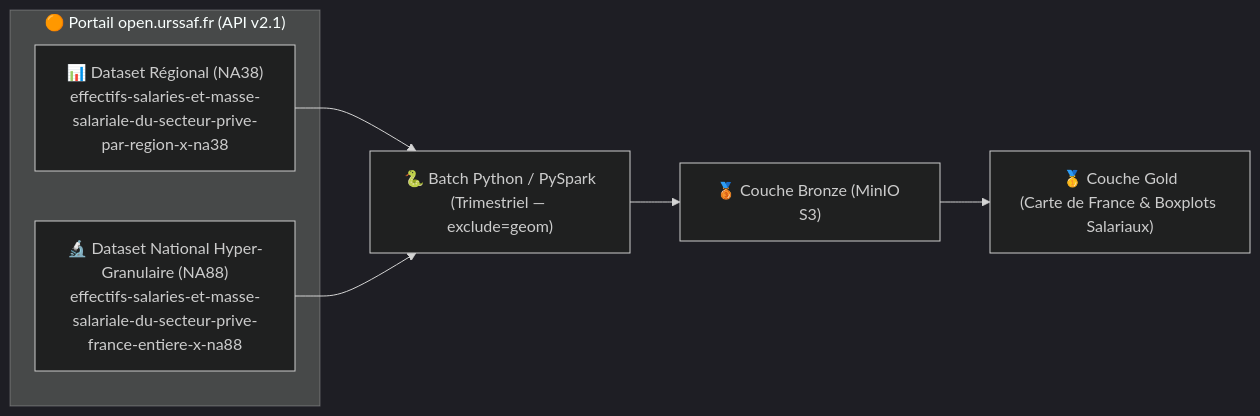
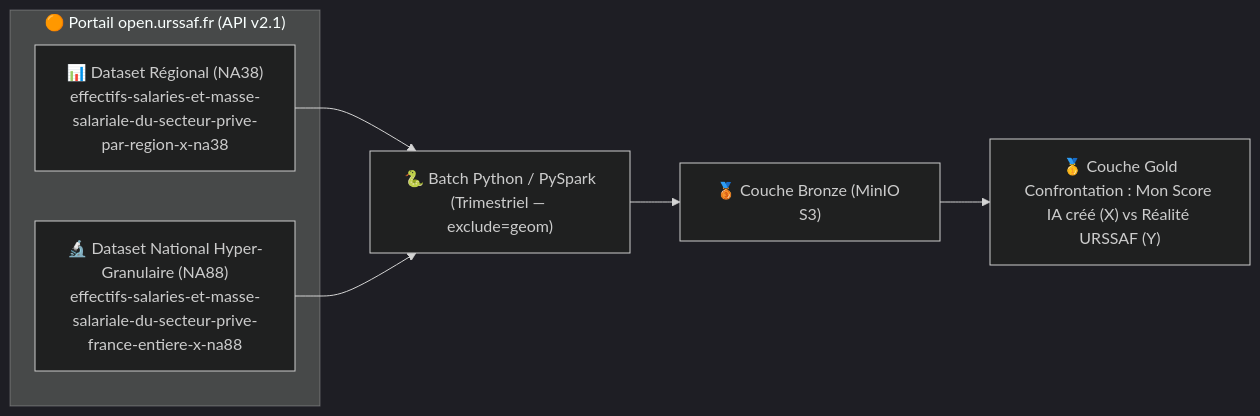
The diagram in docs/lakehouse/04.strategie_apis_urssaf.md (Anon31/data-skills-radar-docs), drawn with Mermaid (dark theme) before and after one commit. The commit also changed other lines of this file and 7 other files, not shown here.

````diff
--- a/docs/lakehouse/04.strategie_apis_urssaf.md
+++ b/docs/lakehouse/04.strategie_apis_urssaf.md
@@ -22,13 +24,13 @@
 ```mermaid
 flowchart LR
     subgraph URSSAF["🟠 Portail open.urssaf.fr (API v2.1)"]
         D1["📊 Dataset Régional (NA38)<br/>effectifs-salaries-et-masse-salariale-du-secteur-prive-par-region-x-na38"]
         D2["🔬 Dataset National Hyper-Granulaire (NA88)<br/>effectifs-salaries-et-masse-salariale-du-secteur-prive-france-entiere-x-na88"]
     end
 
     BATCH["🐍 Batch Python / PySpark<br/>(Trimestriel — exclude=geom)"]
     BRONZE["🥉 Couche Bronze (MinIO S3)"]
-    GOLD["🥇 Couche Gold<br/>(Carte de France & Boxplots Salariaux)"]
+    GOLD["🥇 Couche Gold<br/>Confrontation : Mon Score IA créé (X) vs Réalité URSSAF (Y)"]
 
     D1 & D2 --> BATCH --> BRONZE --> GOLD
 ```
````
